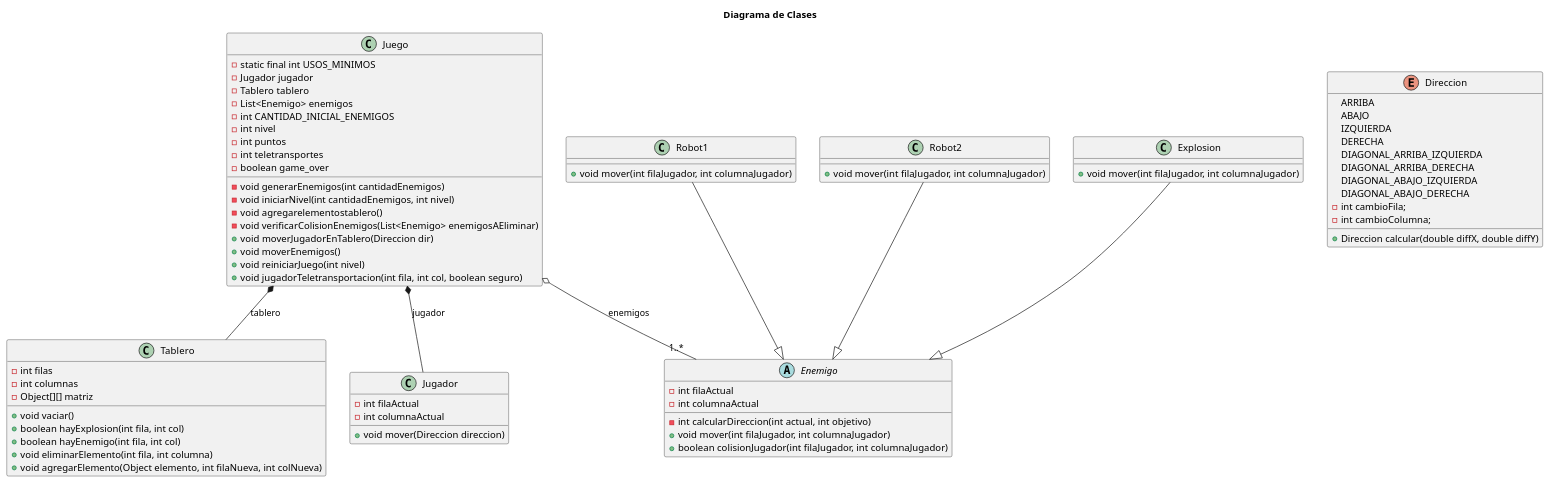
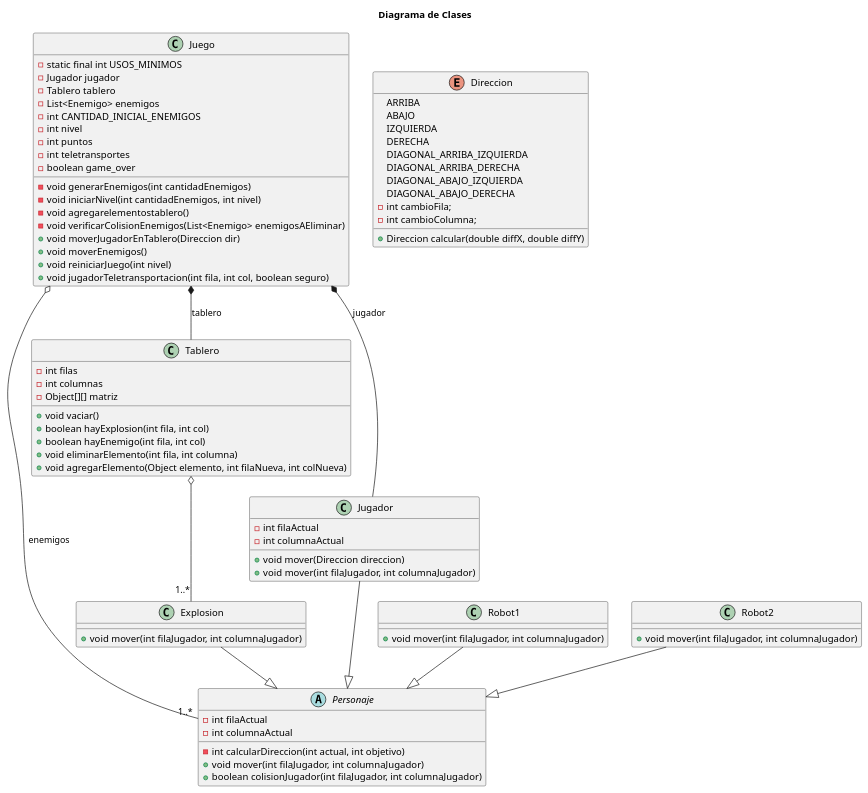
Before and after one commit to FelipeAscencio/TP1_ParadigmasDeLaProgramacion: the diagram in doc/diagrama de clases.puml, drawn with PlantUML. The commit also changed 9 other files, not shown here.

```diff
--- a/doc/diagrama de clases.puml
+++ b/doc/diagrama de clases.puml
@@ -1,86 +1,90 @@
 @startuml
 
 title Diagrama de Clases
 
-Juego o-- "1..*" Enemigo : enemigos
+Juego o-- "1..*" Personaje : enemigos
 Juego *-- Tablero : tablero
 Juego *-- Jugador : jugador
-Robot1 --|> Enemigo
-Robot2 --|> Enemigo
-Explosion --|> Enemigo
+Robot1 --|> Personaje
+Robot2 --|> Personaje
+Explosion --|> Personaje
+Jugador --|> Personaje
+Tablero o-- "1..*" Explosion
+
 
 class Juego {
     - static final int USOS_MINIMOS
     - Jugador jugador
     - Tablero tablero
     - List<Enemigo> enemigos
     - int CANTIDAD_INICIAL_ENEMIGOS
     - int nivel
     - int puntos
     - int teletransportes
     - boolean game_over
 
     - void generarEnemigos(int cantidadEnemigos)
     - void iniciarNivel(int cantidadEnemigos, int nivel)
     - void agregarelementostablero()
     - void verificarColisionEnemigos(List<Enemigo> enemigosAEliminar)
     + void moverJugadorEnTablero(Direccion dir)
     + void moverEnemigos()
     + void reiniciarJuego(int nivel)
     + void jugadorTeletransportacion(int fila, int col, boolean seguro)
 }
 
-abstract class Enemigo{
+abstract class Personaje{
 -int filaActual
 -int columnaActual
 
 -int calcularDireccion(int actual, int objetivo)
 +void mover(int filaJugador, int columnaJugador)
 +boolean colisionJugador(int filaJugador, int columnaJugador)
 }
 
 class Robot1{
 +void mover(int filaJugador, int columnaJugador)
 }
 
 class Robot2{
 + void mover(int filaJugador, int columnaJugador)
 }
 
 class Explosion{
 +void mover(int filaJugador, int columnaJugador)
 }
 
 class Jugador{
 -int filaActual
 -int columnaActual
 +void mover(Direccion direccion)
++void mover(int filaJugador, int columnaJugador)
 }
 
 class Tablero{
 -int filas
 -int columnas
 -Object[][] matriz
 +void vaciar()
 +boolean hayExplosion(int fila, int col)
 +boolean hayEnemigo(int fila, int col)
 +void eliminarElemento(int fila, int columna)
 +void agregarElemento(Object elemento, int filaNueva, int colNueva)
 }
 
 enum Direccion{
  ARRIBA
  ABAJO
  IZQUIERDA
  DERECHA
  DIAGONAL_ARRIBA_IZQUIERDA
  DIAGONAL_ARRIBA_DERECHA
  DIAGONAL_ABAJO_IZQUIERDA
  DIAGONAL_ABAJO_DERECHA
  - int cambioFila;
  - int cambioColumna;
 
  +Direccion calcular(double diffX, double diffY)
 }
 
 @enduml
```
